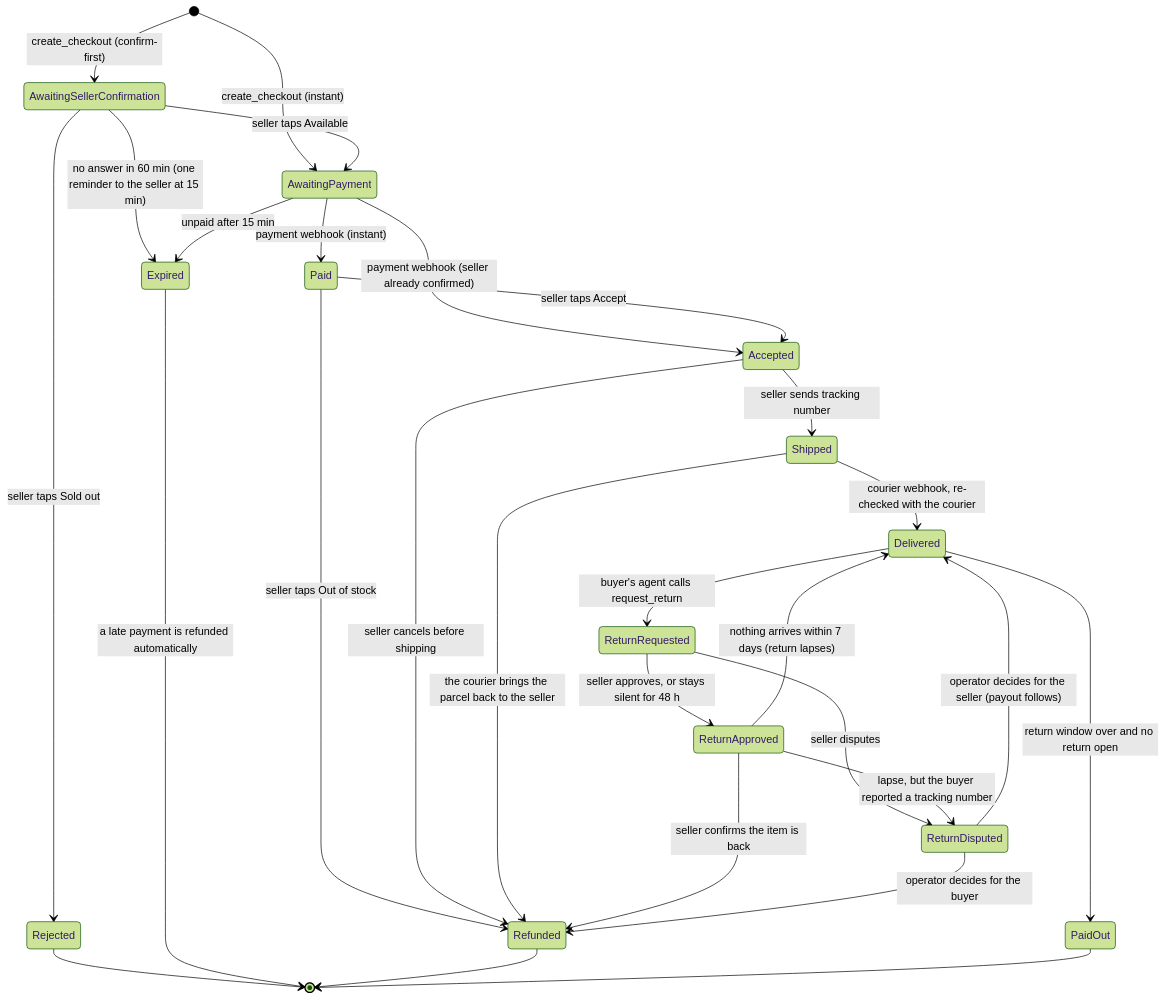
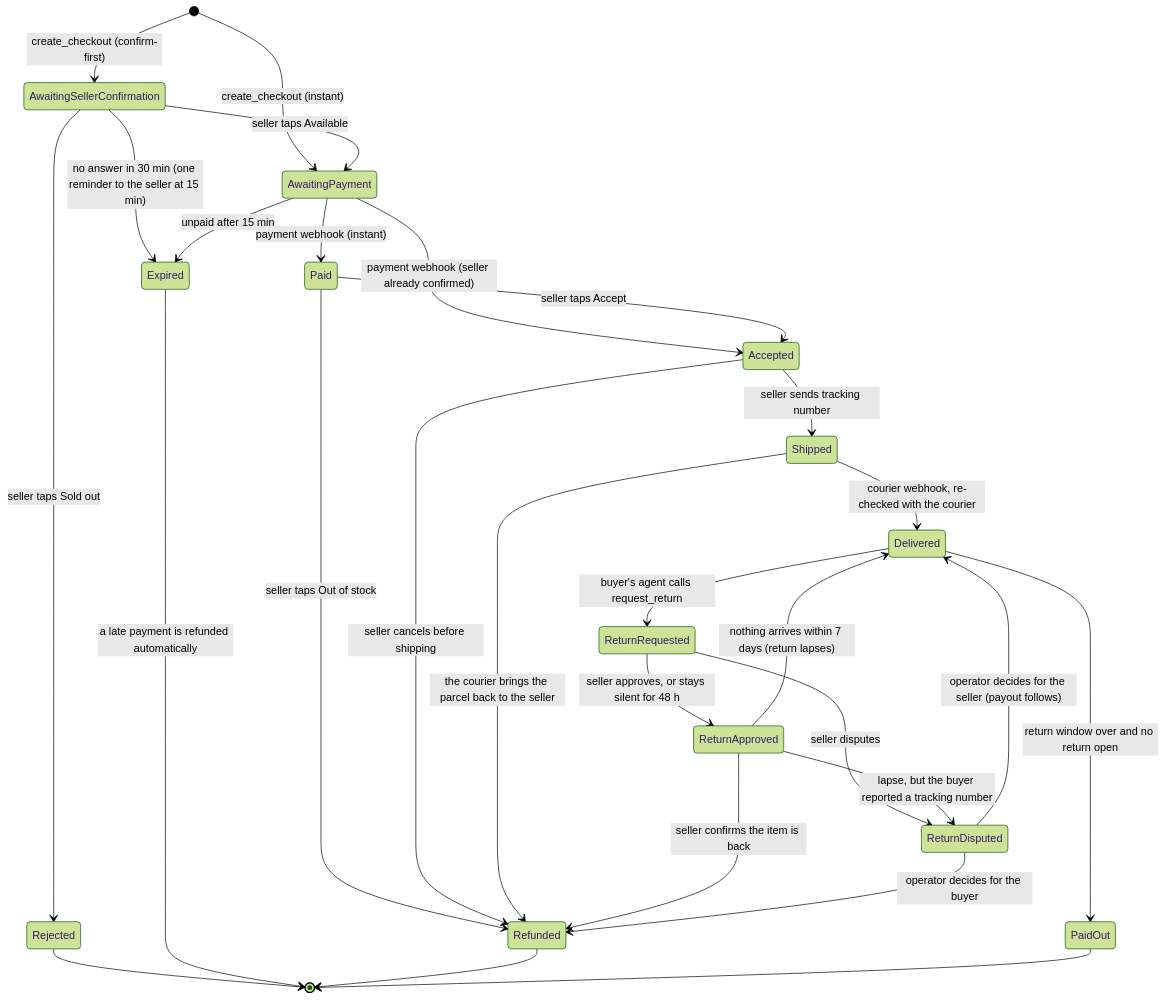
One commit to galihsatriawan/etalase changed the diagram in docs/05-checkout-payment-payout.md. Above: the diagram before and after it, drawn with Mermaid (forest theme). The commit also changed 9 other files, not shown here.

````diff
--- a/docs/05-checkout-payment-payout.md
+++ b/docs/05-checkout-payment-payout.md
@@ -7,30 +7,30 @@
 ```mermaid
 stateDiagram-v2
   [*] --> AwaitingSellerConfirmation: create_checkout (confirm-first)
   [*] --> AwaitingPayment: create_checkout (instant)
   AwaitingSellerConfirmation --> AwaitingPayment: seller taps Available
   AwaitingSellerConfirmation --> Rejected: seller taps Sold out
-  AwaitingSellerConfirmation --> Expired: no answer in 60 min (one reminder to the seller at 15 min)
+  AwaitingSellerConfirmation --> Expired: no answer in 30 min (one reminder to the seller at 15 min)
   AwaitingPayment --> Paid: payment webhook (instant)
   AwaitingPayment --> Accepted: payment webhook (seller already confirmed)
   AwaitingPayment --> Expired: unpaid after 15 min
   Paid --> Accepted: seller taps Accept
   Paid --> Refunded: seller taps Out of stock
   Accepted --> Refunded: seller cancels before shipping
   Accepted --> Shipped: seller sends tracking number
   Shipped --> Delivered: courier webhook, re-checked with the courier
   Shipped --> Refunded: the courier brings the parcel back to the seller
   Delivered --> PaidOut: return window over and no return open
   Delivered --> ReturnRequested: buyer's agent calls request_return
   ReturnRequested --> ReturnApproved: seller approves, or stays silent for 48 h
   ReturnRequested --> ReturnDisputed: seller disputes
   ReturnApproved --> Refunded: seller confirms the item is back
   ReturnApproved --> Delivered: nothing arrives within 7 days (return lapses)
   ReturnApproved --> ReturnDisputed: lapse, but the buyer reported a tracking number
   ReturnDisputed --> Refunded: operator decides for the buyer
   ReturnDisputed --> Delivered: operator decides for the seller (payout follows)
   Rejected --> [*]
   Expired --> [*]: a late payment is refunded automatically
   Refunded --> [*]
   PaidOut --> [*]
 ```
````
